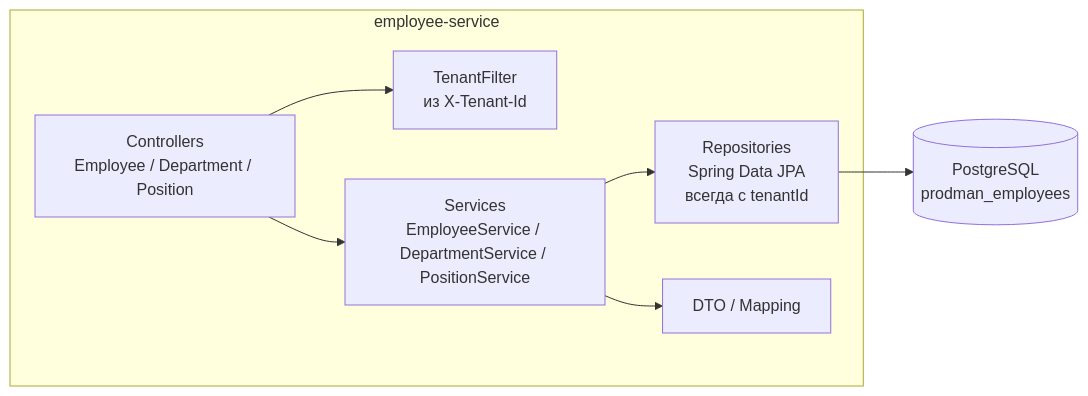
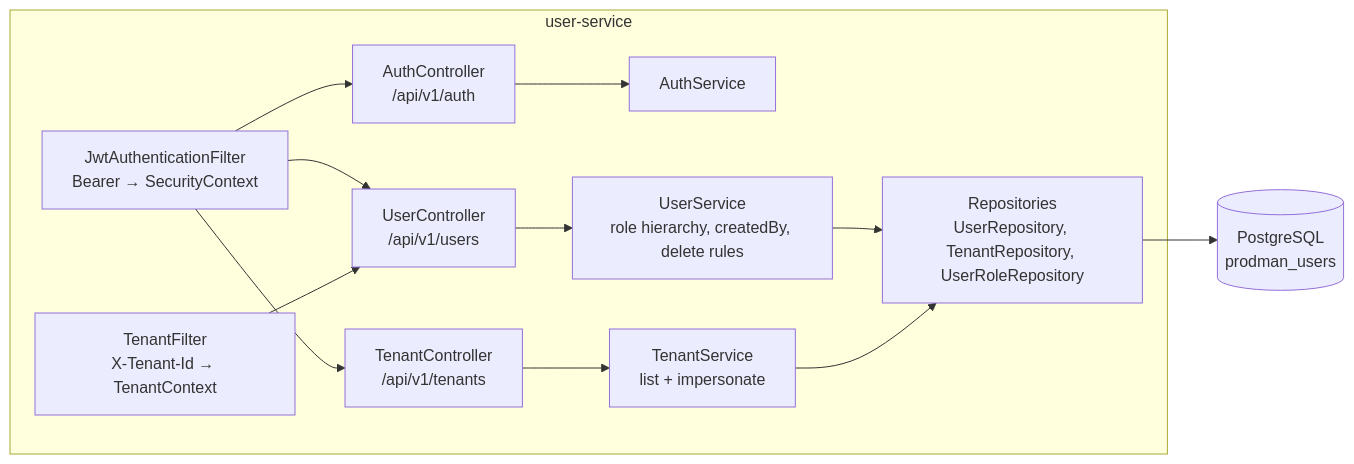
Before and after one commit to DaurenMash/production_manager: the third of 6 diagrams in docs/architecture.md, drawn with Mermaid. The commit also changed other lines of this file and 61 other files, not shown here.

Commit message:
feat: monitoring stack (Prometheus/Loki/Alloy/Grafana), audit_events, impersonation, tenant registration, role hierarchy, metrics proxy

````diff
--- a/docs/architecture.md
+++ b/docs/architecture.md
@@ -74,16 +74,25 @@
 ```mermaid
 flowchart LR
-    subgraph ES["employee-service"]
-        Filter[TenantFilter<br/>из X-Tenant-Id]
-        EController[Controllers<br/>Employee / Department / Position]
-        EService[Services<br/>EmployeeService / DepartmentService / PositionService]
-        ERepo[Repositories<br/>Spring Data JPA<br/>всегда с tenantId]
-        EMapper[DTO / Mapping]
+    subgraph US["user-service"]
+        JwtFilter[JwtAuthenticationFilter<br/>Bearer → SecurityContext]
+        TenantFilter[TenantFilter<br/>X-Tenant-Id → TenantContext]
+        AC[AuthController<br/>/api/v1/auth]
+        UC[UserController<br/>/api/v1/users]
+        TC[TenantController<br/>/api/v1/tenants]
+        AS[AuthService]
+        USvc[UserService<br/>role hierarchy, createdBy, delete rules]
+        TSvc[TenantService<br/>list + impersonate]
+        Repos[Repositories<br/>UserRepository, TenantRepository, UserRoleRepository]
     end
 
-    EController --> Filter
-    EController --> EService
-    EService --> ERepo
-    EService --> EMapper
-    ERepo --> PG[(PostgreSQL<br/>prodman_employees)]
+    JwtFilter --> AC
+    JwtFilter --> UC
+    JwtFilter --> TC
+    TenantFilter --> UC
+    AC --> AS
+    UC --> USvc
+    TC --> TSvc
+    USvc --> Repos
+    TSvc --> Repos
+    Repos --> PG[(PostgreSQL<br/>prodman_users)]
 ```
````
